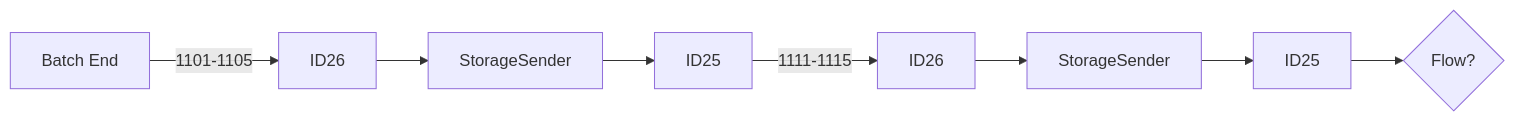
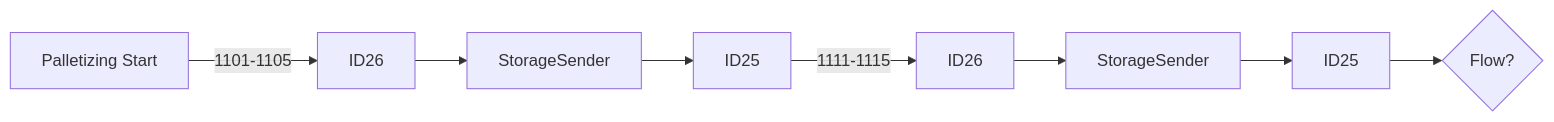
One commit to luthfiadityaa/SimeDarby-Wiki changed the first of 5 diagrams in Basic-Design/DFD-WMS/Storage/Palletizing-Settting/Batch-End.md. Above: the diagram before and after it, drawn with Mermaid. The commit also changed other lines of this file, not shown here.

Commit message:
Updated Batch End

```diff
--- a/Basic-Design/DFD-WMS/Storage/Palletizing-Settting/Batch-End.md
+++ b/Basic-Design/DFD-WMS/Storage/Palletizing-Settting/Batch-End.md
@@ -9,7 +9,7 @@
 ::: mermaid
 flowchart LR
 
-P1[Batch End]--> |1101-1105| P2[ID26]-->P3[StorageSender]-->P4[ID25]
+P1[Palletizing Start]--> |1101-1105| P2[ID26]-->P3[StorageSender]-->P4[ID25]
 P4[ID25]--> |1111-1115| P5[ID26]-->P6[StorageSender]-->P7[ID25]
 P7[ID25]-->Cond1{Flow?} 
 :::
```
